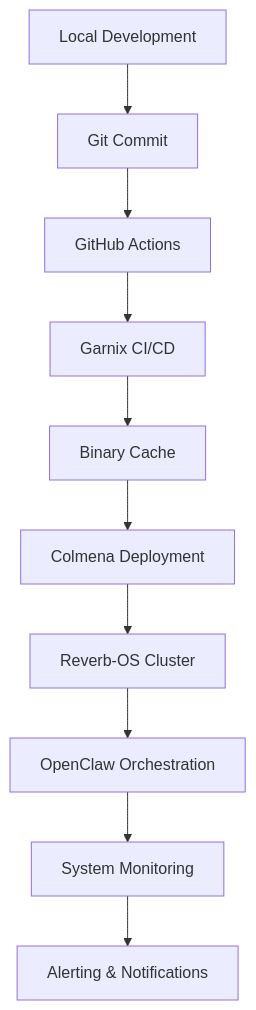
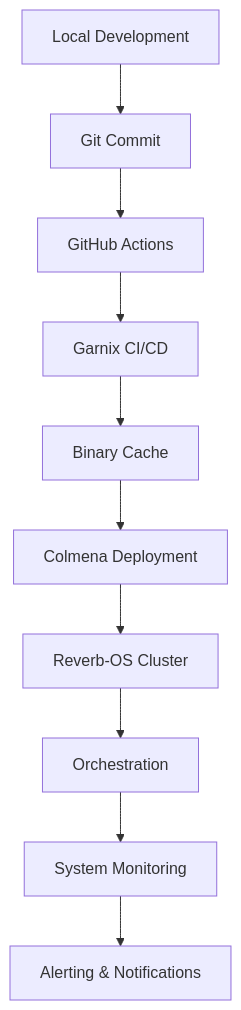
Before and after one commit to reverb256/nixos-config: the third of 3 diagrams in docs/REVERB-OS-ARCHITECTURE.md, drawn with Mermaid. The commit also changed other lines of this file and 82 other files, not shown here.

````diff
--- a/docs/REVERB-OS-ARCHITECTURE.md
+++ b/docs/REVERB-OS-ARCHITECTURE.md
@@ -205,12 +205,12 @@
 ```mermaid
 graph TD
     A[Local Development] --> B[Git Commit]
     B --> C[GitHub Actions]
     C --> D[Garnix CI/CD]
     D --> E[Binary Cache]
     E --> F[Colmena Deployment]
     F --> G[Reverb-OS Cluster]
-    G --> H[OpenClaw Orchestration]
+    G --> H[ Orchestration]
     H --> I[System Monitoring]
     I --> J[Alerting & Notifications]
 ```
````
